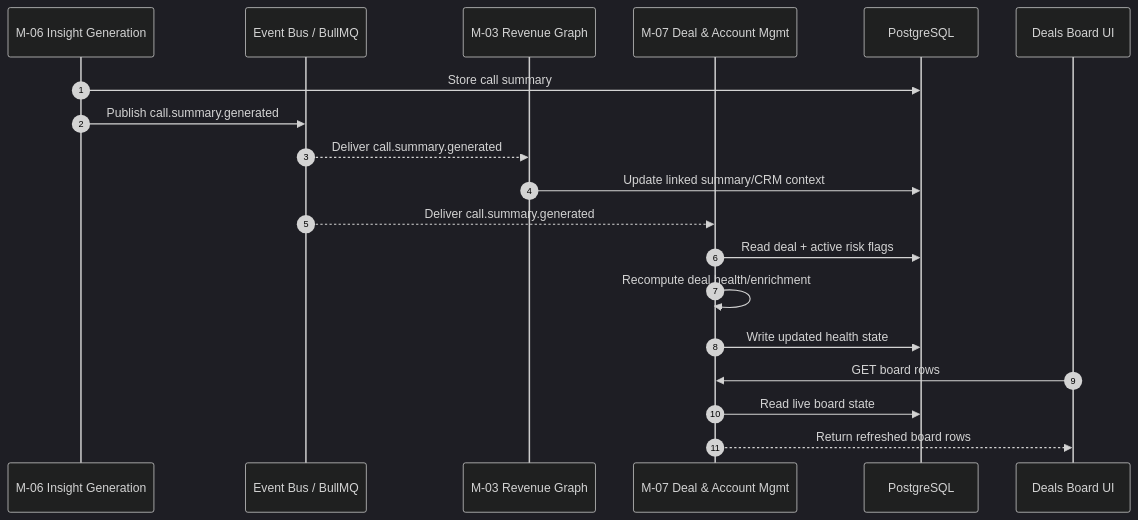
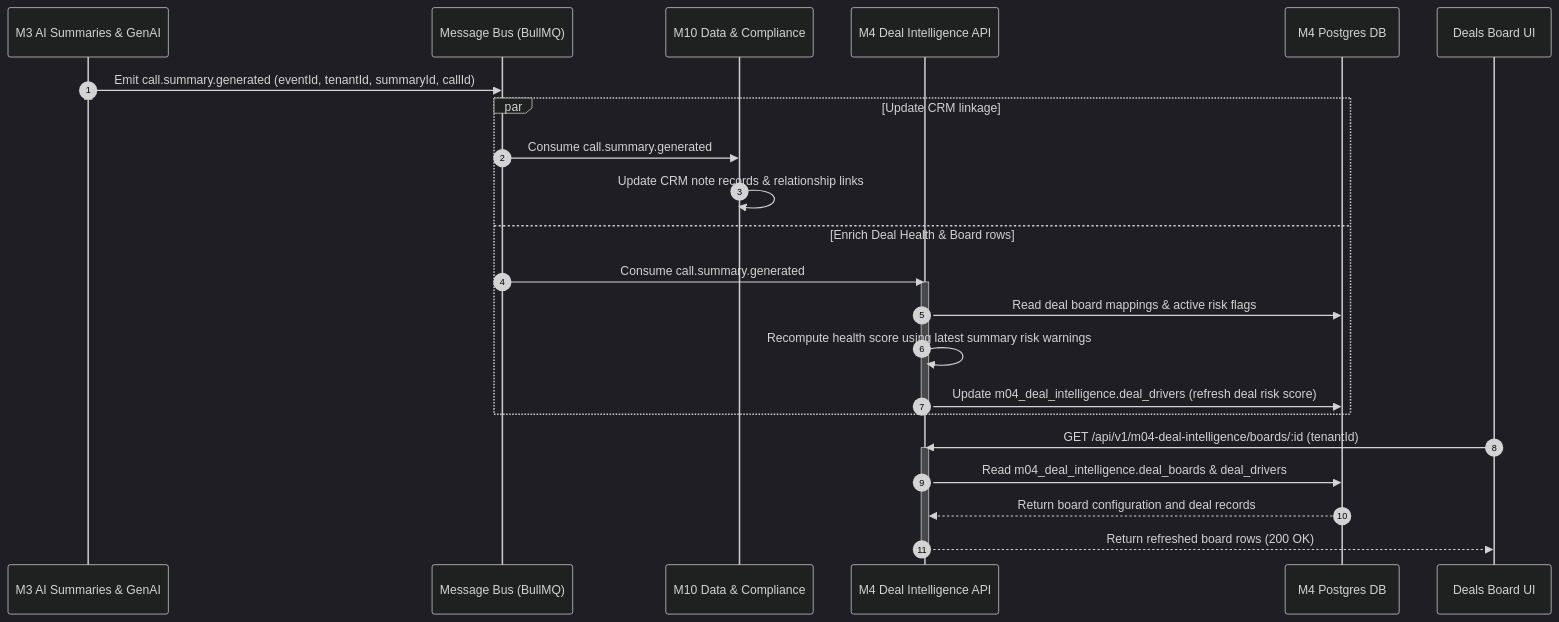
One commit to PoojaTiwari09/FB-and-RP-Fixes changed the first of 5 diagrams in Reference documents/M4 Deal Intelligence/Sequence Diagrams for M4.md. Above: the diagram before and after it, drawn with Mermaid (dark theme). The commit also changed other lines of this file and 79 other files, not shown here.

````diff
--- a/Reference documents/M4 Deal Intelligence/Sequence Diagrams for M4.md
+++ b/Reference documents/M4 Deal Intelligence/Sequence Diagrams for M4.md
@@ -54,22 +18,33 @@
 ```mermaid
 sequenceDiagram
     autonumber
-    participant M06 as M-06 Insight Generation
-    participant Q as Event Bus / BullMQ
-    participant M03 as M-03 Revenue Graph
-    participant M07 as M-07 Deal & Account Mgmt
-    participant DB as PostgreSQL
+    participant M3 as M3 AI Summaries & GenAI
+    participant Bus as Message Bus (BullMQ)
+    participant M10 as M10 Data & Compliance
+    participant M4 as M4 Deal Intelligence API
+    participant M4_DB as M4 Postgres DB
     participant UI as Deals Board UI
 
-    M06->>DB: Store call summary
-    M06->>Q: Publish call.summary.generated
-    Q-->>M03: Deliver call.summary.generated
-    M03->>DB: Update linked summary/CRM context
-    Q-->>M07: Deliver call.summary.generated
-    M07->>DB: Read deal + active risk flags
-    M07->>M07: Recompute deal health/enrichment
-    M07->>DB: Write updated health state
-    UI->>M07: GET board rows
-    M07->>DB: Read live board state
-    M07-->>UI: Return refreshed board rows
+    M3->>Bus: Emit call.summary.generated (eventId, tenantId, summaryId, callId)
+    activate M3
+    deactivate M3
+    
+    par Update CRM linkage
+        Bus->>M10: Consume call.summary.generated
+        M10->>M10: Update CRM note records & relationship links
+    and Enrich Deal Health & Board rows
+        Bus->>M4: Consume call.summary.generated
+        activate M4
+        M4->>M4_DB: Read deal board mappings & active risk flags
+        M4->>M4: Recompute health score using latest summary risk warnings
+        M4->>M4_DB: Update m04_deal_intelligence.deal_drivers (refresh deal risk score)
+        deactivate M4
+    end
+
+    UI->>M4: GET /api/v1/m04-deal-intelligence/boards/:id (tenantId)
+    activate M4
+    M4->>M4_DB: Read m04_deal_intelligence.deal_boards & deal_drivers
+    M4_DB-->>M4: Return board configuration and deal records
+    M4-->>UI: Return refreshed board rows (200 OK)
+    deactivate M4
 ```
````
